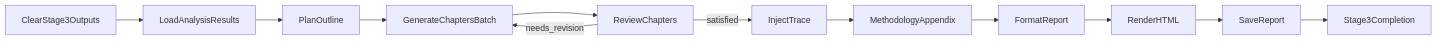
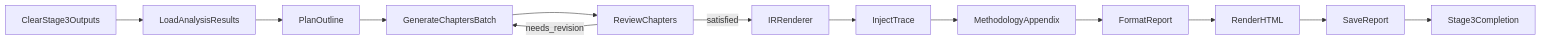
Before and after one commit to Hyacehila/AnalysisPosts: the diagram in doc/modules/stage3_report.md, drawn with Mermaid. The commit also changed other lines of this file and 43 other files, not shown here.

````diff
--- a/doc/modules/stage3_report.md
+++ b/doc/modules/stage3_report.md
@@ -31,14 +31,15 @@
 ```mermaid
 flowchart LR
     CL[ClearStage3Outputs] --> LR[LoadAnalysisResults]
     LR --> PO[PlanOutline]
     PO --> GC[GenerateChaptersBatch]
     GC --> RC[ReviewChapters]
     RC -- needs_revision --> GC
-    RC -- satisfied --> IT[InjectTrace]
+    RC -- satisfied --> IR[IRRenderer]
+    IR --> IT[InjectTrace]
     IT --> MA[MethodologyAppendix]
     MA --> FR[FormatReport]
     FR --> RH[RenderHTML]
     RH --> SR[SaveReport]
     SR --> SC[Stage3Completion]
 ```
````
